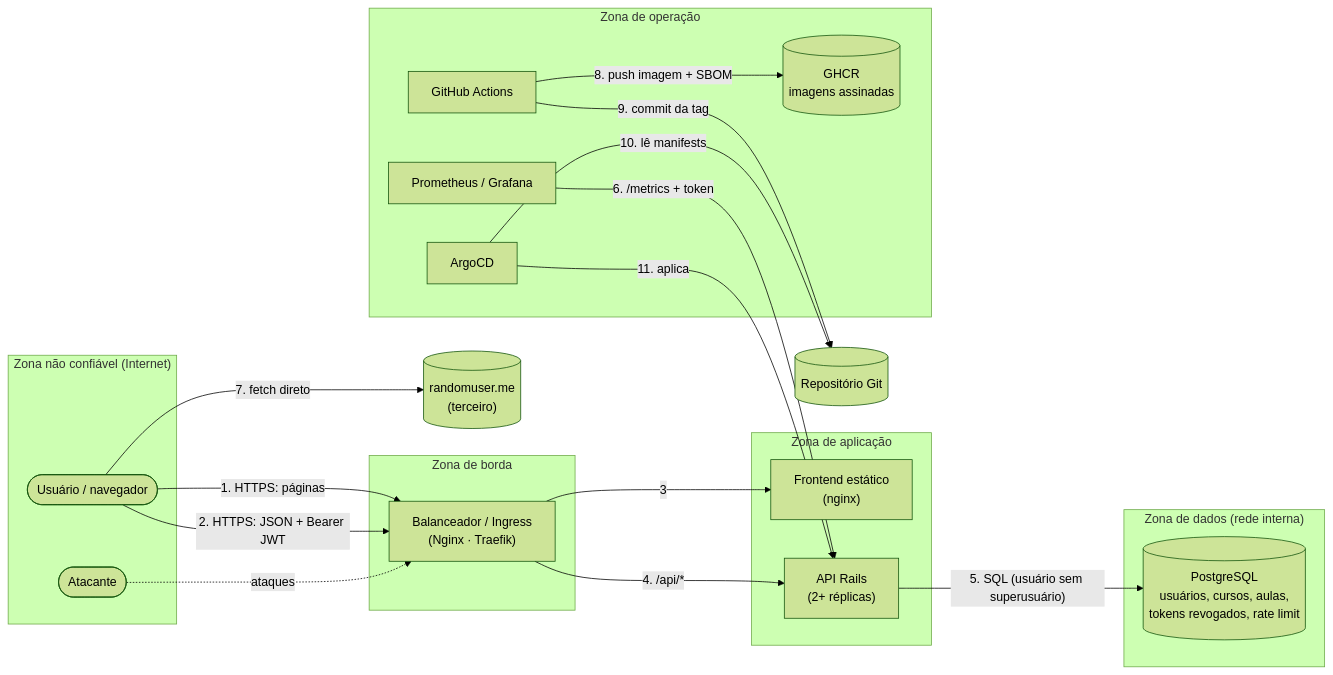
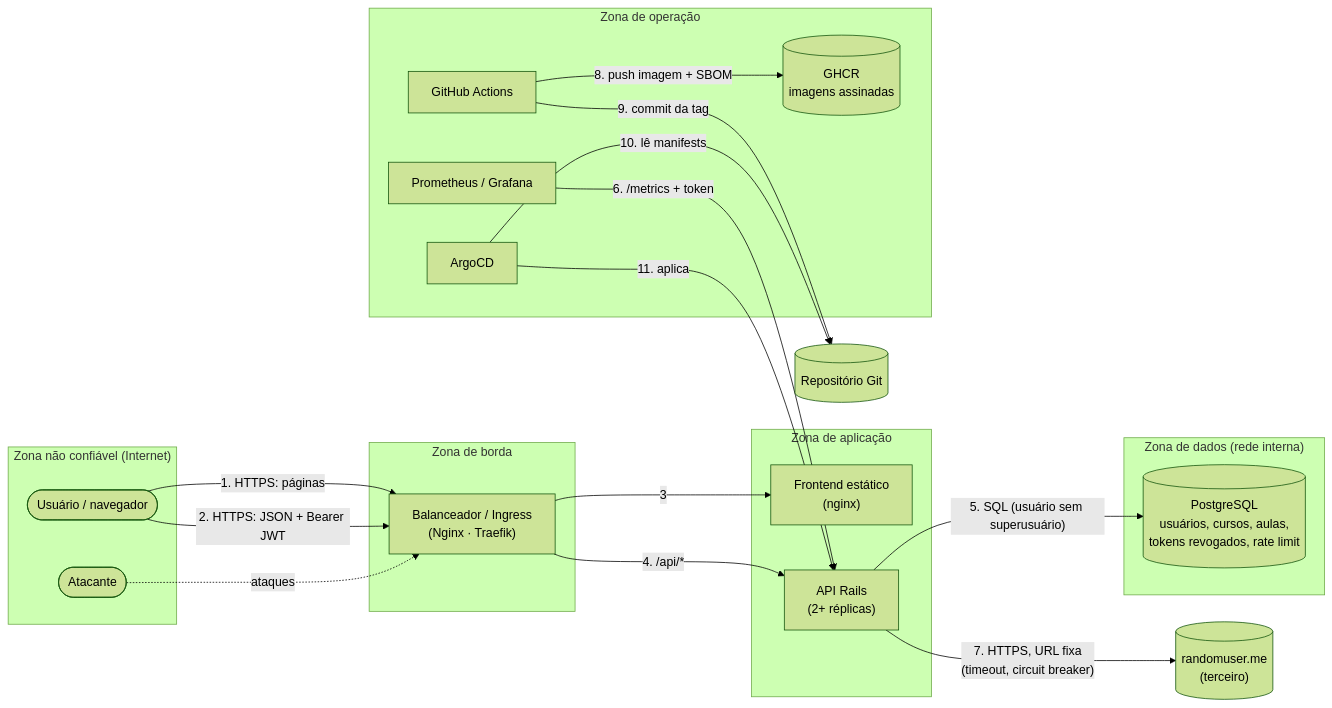
One commit to soninhoxs/Desafio_Tecnico_AppSec---DEVOPS changed the diagram in docs/threat-model.md. Above: the diagram before and after it, drawn with Mermaid (forest theme). The commit also changed other lines of this file and 4 other files, not shown here.

````diff
--- a/docs/threat-model.md
+++ b/docs/threat-model.md
@@ -5,42 +5,42 @@
 ```mermaid
 flowchart LR
   subgraph Internet["Zona não confiável (Internet)"]
     U([Usuário / navegador])
     ATK([Atacante])
   end
 
   subgraph Borda["Zona de borda"]
     LB["Balanceador / Ingress<br/>(Nginx · Traefik)"]
   end
 
   subgraph App["Zona de aplicação"]
     FE["Frontend estático<br/>(nginx)"]
     API["API Rails<br/>(2+ réplicas)"]
   end
 
   subgraph Dados["Zona de dados (rede interna)"]
     DB[("PostgreSQL<br/>usuários, cursos, aulas,<br/>tokens revogados, rate limit")]
   end
 
   subgraph Ops["Zona de operação"]
     PROM["Prometheus / Grafana"]
     CI["GitHub Actions"]
     ARGO["ArgoCD"]
     REG[("GHCR<br/>imagens assinadas")]
   end
 
   EXT[("randomuser.me<br/>(terceiro)")]
 
   U -- "1. HTTPS: páginas" --> LB
   U -- "2. HTTPS: JSON + Bearer JWT" --> LB
   ATK -. "ataques" .-> LB
   LB -- "3" --> FE
   LB -- "4. /api/*" --> API
   API -- "5. SQL (usuário sem superusuário)" --> DB
   PROM -- "6. /metrics + token" --> API
-  U -- "7. fetch direto" --> EXT
+  API -- "7. HTTPS, URL fixa<br/>(timeout, circuit breaker)" --> EXT
   CI -- "8. push imagem + SBOM" --> REG
   CI -- "9. commit da tag" --> GIT[("Repositório Git")]
   ARGO -- "10. lê manifests" --> GIT
   ARGO -- "11. aplica" --> API
 ```
````
